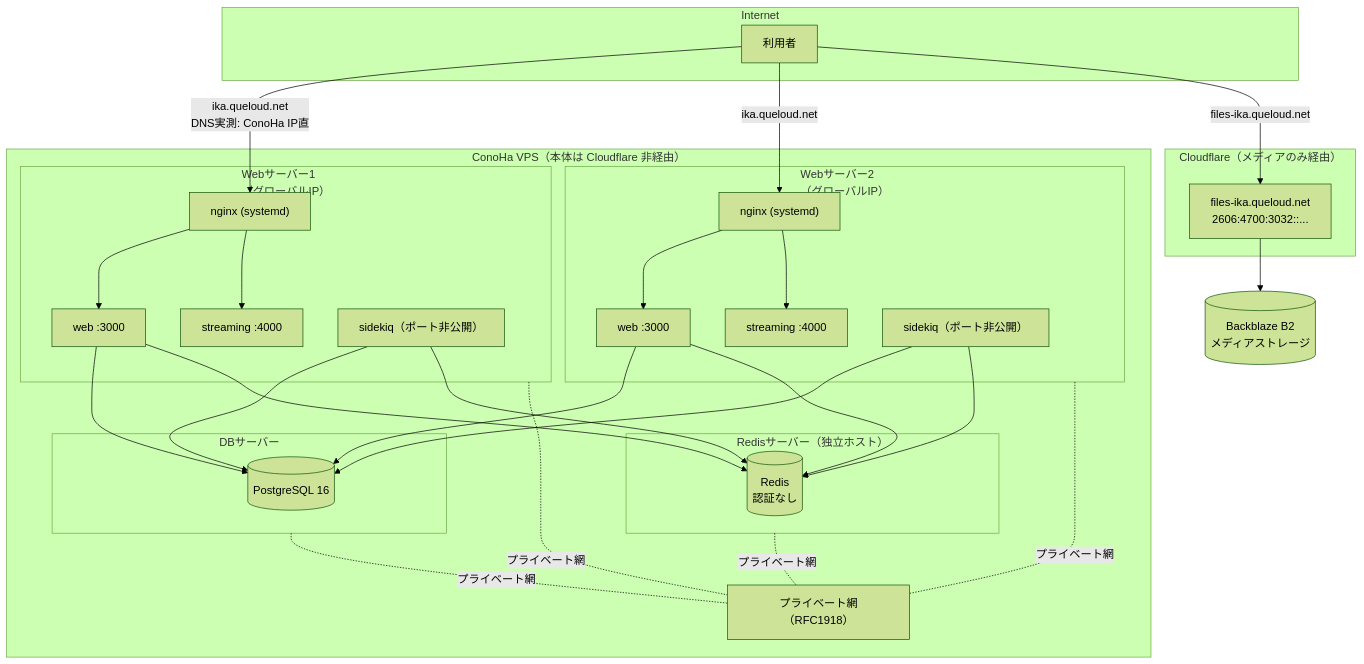
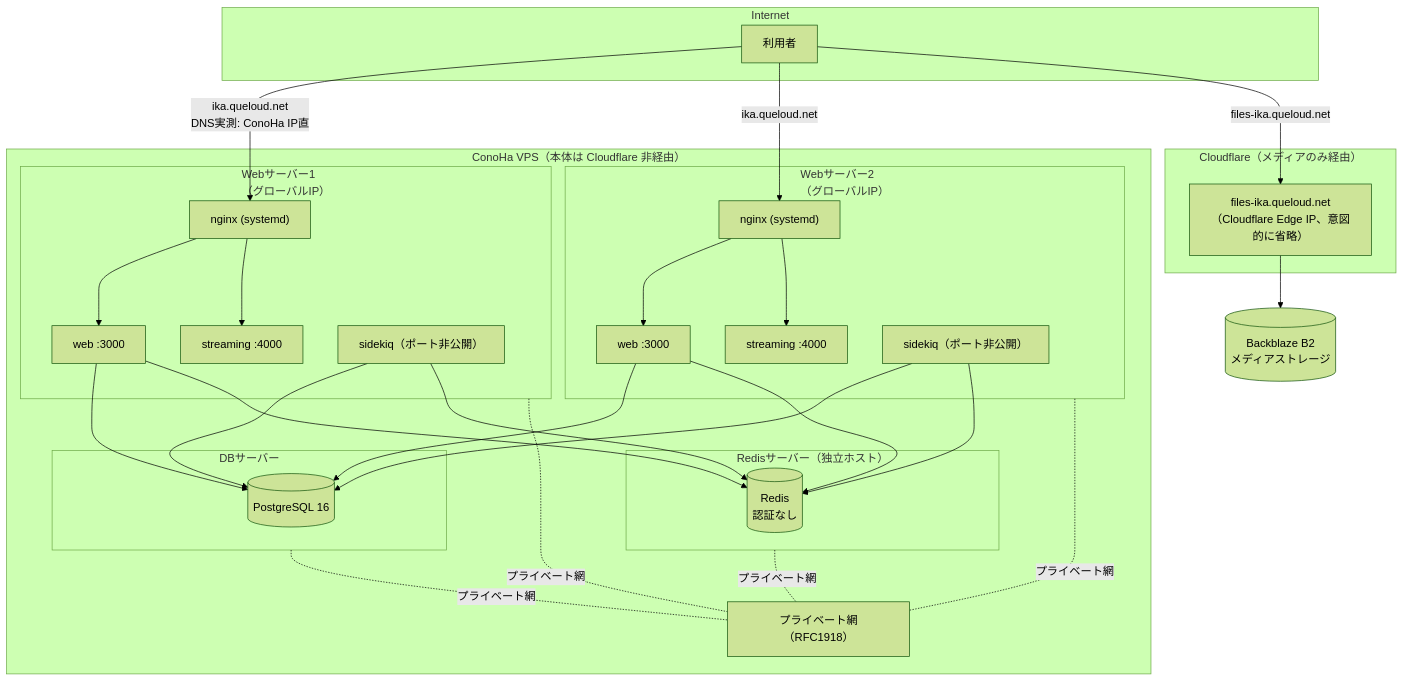
Before and after one commit to koba-lab/mastodon: the diagram in ikatodon/docs/infrastructure.md, drawn with Mermaid (forest theme). The commit also changed other lines of this file, not shown here.

````diff
--- a/ikatodon/docs/infrastructure.md
+++ b/ikatodon/docs/infrastructure.md
@@ -20,60 +20,60 @@
 ```mermaid
 flowchart TB
     subgraph Internet
         User[利用者]
     end
 
     subgraph CF["Cloudflare（メディアのみ経由）"]
-        CFProxy["files-ika.queloud.net<br/>2606:4700:3032::..."]
+        CFProxy["files-ika.queloud.net<br/>（Cloudflare Edge IP、意図的に省略）"]
     end
 
     B2[(Backblaze B2<br/>メディアストレージ)]
 
     subgraph ConoHa["ConoHa VPS（本体は Cloudflare 非経由）"]
         subgraph Host1["Webサーバー1<br/>（グローバルIP）"]
             Nginx1["nginx (systemd)"]
             Web1["web :3000"]
             Stream1["streaming :4000"]
             Sidekiq1["sidekiq（ポート非公開）"]
             Nginx1 --> Web1
             Nginx1 --> Stream1
         end
 
         subgraph Host2["Webサーバー2<br/>（グローバルIP）"]
             Nginx2["nginx (systemd)"]
             Web2["web :3000"]
             Stream2["streaming :4000"]
             Sidekiq2["sidekiq（ポート非公開）"]
             Nginx2 --> Web2
             Nginx2 --> Stream2
         end
 
         subgraph DBHost["DBサーバー"]
             PG[(PostgreSQL 16)]
         end
 
         subgraph RedisHost["Redisサーバー（独立ホスト）"]
             Redis[(Redis<br/>認証なし)]
         end
 
         Priv["プライベート網（RFC1918）"]
     end
 
     User -->|"ika.queloud.net<br/>DNS実測: ConoHa IP直"| Nginx1
     User -->|"ika.queloud.net"| Nginx2
     User -->|"files-ika.queloud.net"| CFProxy --> B2
 
     Host1 -. "プライベート網" .- Priv
     Host2 -. "プライベート網" .- Priv
     DBHost -. "プライベート網" .- Priv
     RedisHost -. "プライベート網" .- Priv
 
     Web1 --> PG
     Web1 --> Redis
     Web2 --> PG
     Web2 --> Redis
     Sidekiq1 --> PG
     Sidekiq1 --> Redis
     Sidekiq2 --> PG
     Sidekiq2 --> Redis
 ```
````
